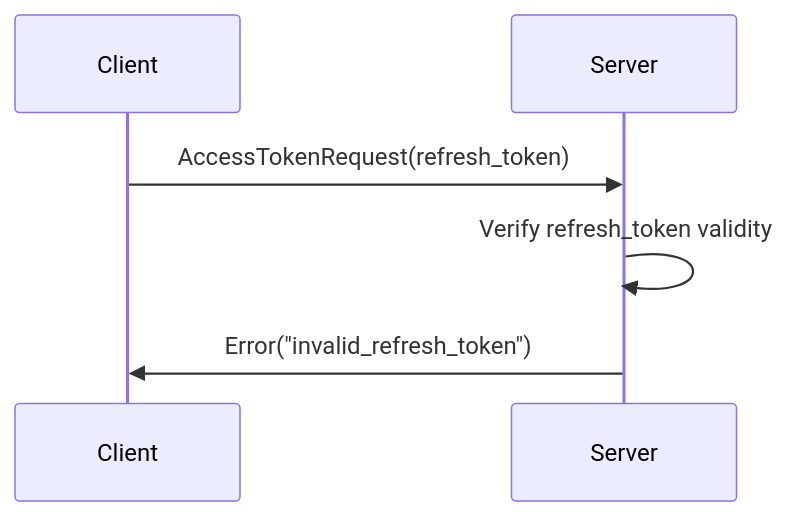
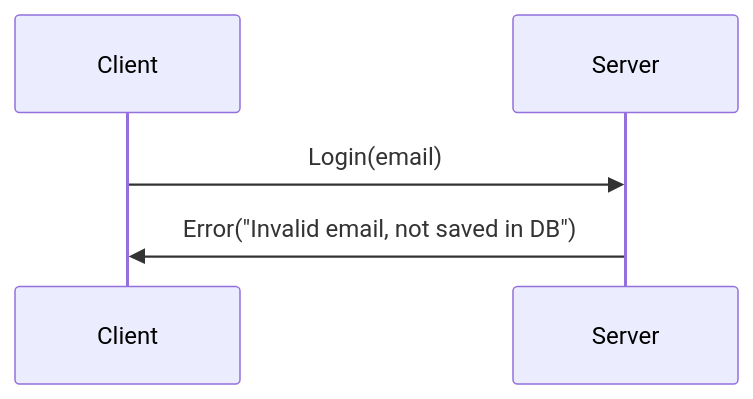
One commit to adimian/kova changed the fourth of 8 diagrams in kova/authentication/docs.md. Above: the diagram before and after it, drawn with Mermaid. The commit also changed other lines of this file and 1 other file, not shown here.

````diff
--- a/kova/authentication/docs.md
+++ b/kova/authentication/docs.md
@@ -79,6 +33,6 @@
 ```mermaid
 sequenceDiagram
-    Client ->> Server: AccessTokenRequest(refresh_token)
-    Server ->> Server: Verify refresh_token validity
-    Server ->> Client: Error("invalid_refresh_token")
+    Client ->> Server: Login(email)
+    Server ->> Client: Error("Invalid email, not saved in DB")
+
 ```
````
